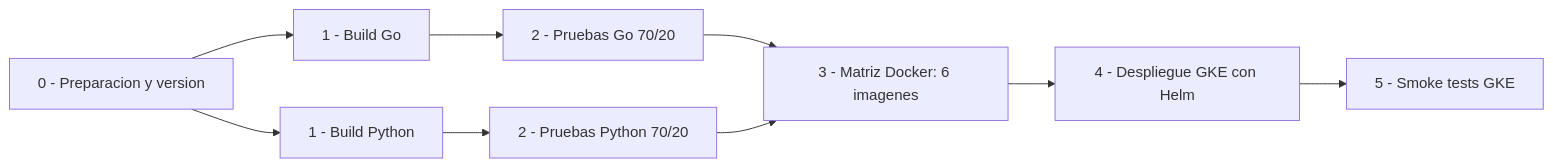
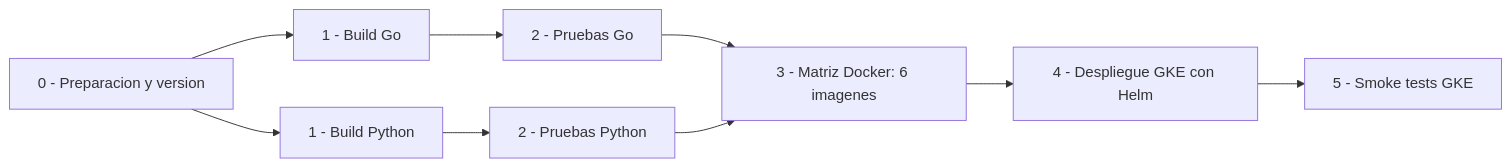
Before and after one commit to Izabel05/Practicas-SA-B-202300582: the diagram in P7/DIAGRAMA_PIPELINE.md, drawn with Mermaid. The commit also changed other lines of this file and 5 other files, not shown here.

````diff
--- a/P7/DIAGRAMA_PIPELINE.md
+++ b/P7/DIAGRAMA_PIPELINE.md
@@ -7,11 +7,11 @@
 ```mermaid
 flowchart LR
     A[0 - Preparacion y version] --> B[1 - Build Go]
     A --> C[1 - Build Python]
-    B --> D[2 - Pruebas Go 70/20]
-    C --> E[2 - Pruebas Python 70/20]
+    B --> D[2 - Pruebas Go]
+    C --> E[2 - Pruebas Python]
     D --> F[3 - Matriz Docker: 6 imagenes]
     E --> F
     F --> G[4 - Despliegue GKE con Helm]
     G --> H[5 - Smoke tests GKE]
 ```
````
